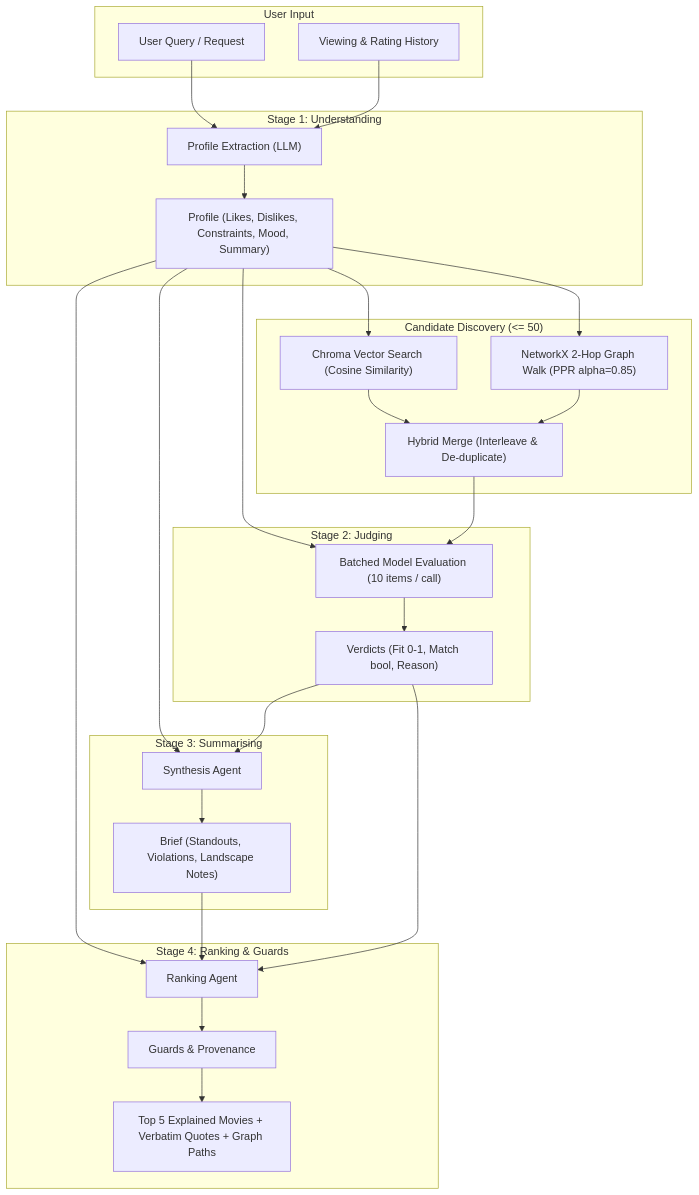
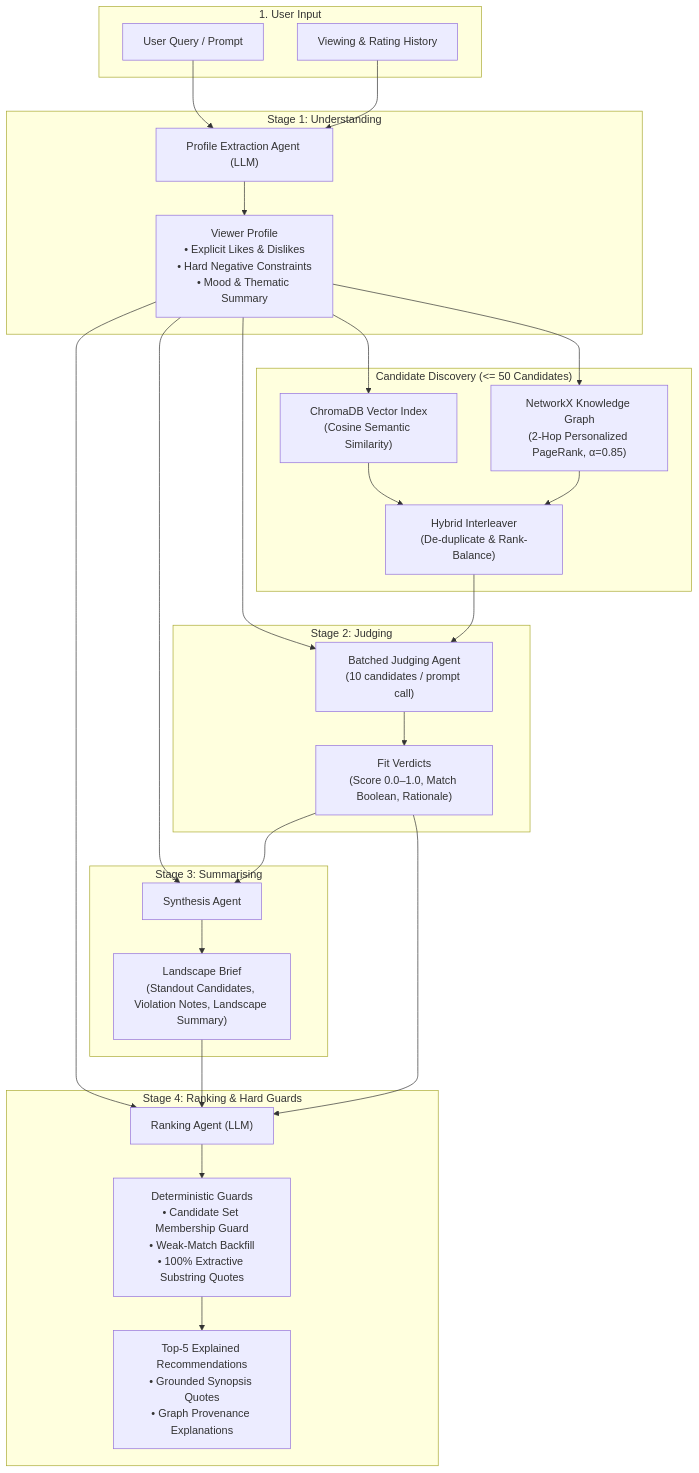
Before and after one commit to bhaavyasura7/DeepLearningProject: the diagram in README.md, drawn with Mermaid. The commit also changed other lines of this file and 38 other files, not shown here.

````diff
--- a/README.md
+++ b/README.md
@@ -10,41 +10,41 @@
 ```mermaid
 flowchart TD
-    subgraph Input ["User Input"]
-        Q["User Query / Request"]
+    subgraph Input ["1. User Input"]
+        Q["User Query / Prompt"]
         H["Viewing & Rating History"]
     end
 
     subgraph Stage1 ["Stage 1: Understanding"]
-        U["Profile Extraction (LLM)"]
-        P["Profile (Likes, Dislikes, Constraints, Mood, Summary)"]
+        U["Profile Extraction Agent (LLM)"]
+        P["Viewer Profile<br/>• Explicit Likes & Dislikes<br/>• Hard Negative Constraints<br/>• Mood & Thematic Summary"]
     end
 
-    subgraph Discovery ["Candidate Discovery (<= 50)"]
-        V["Chroma Vector Search (Cosine Similarity)"]
-        G["NetworkX 2-Hop Graph Walk (PPR alpha=0.85)"]
-        Hyb["Hybrid Merge (Interleave & De-duplicate)"]
+    subgraph Discovery ["Candidate Discovery (<= 50 Candidates)"]
+        V["ChromaDB Vector Index<br/>(Cosine Semantic Similarity)"]
+        G["NetworkX Knowledge Graph<br/>(2-Hop Personalized PageRank, α=0.85)"]
+        Hyb["Hybrid Interleaver<br/>(De-duplicate & Rank-Balance)"]
     end
 
     subgraph Stage2 ["Stage 2: Judging"]
-        J["Batched Model Evaluation (10 items / call)"]
-        Verd["Verdicts (Fit 0-1, Match bool, Reason)"]
+        J["Batched Judging Agent<br/>(10 candidates / prompt call)"]
+        Verd["Fit Verdicts<br/>(Score 0.0–1.0, Match Boolean, Rationale)"]
     end
 
     subgraph Stage3 ["Stage 3: Summarising"]
         S["Synthesis Agent"]
-        B["Brief (Standouts, Violations, Landscape Notes)"]
+        B["Landscape Brief<br/>(Standout Candidates, Violation Notes, Landscape Summary)"]
     end
 
-    subgraph Stage4 ["Stage 4: Ranking & Guards"]
-        R["Ranking Agent"]
-        Guards["Guards & Provenance"]
-        Final["Top 5 Explained Movies + Verbatim Quotes + Graph Paths"]
+    subgraph Stage4 ["Stage 4: Ranking & Hard Guards"]
+        R["Ranking Agent (LLM)"]
+        Guards["Deterministic Guards<br/>• Candidate Set Membership Guard<br/>• Weak-Match Backfill<br/>• 100% Extractive Substring Quotes"]
+        Final["Top-5 Explained Recommendations<br/>• Grounded Synopsis Quotes<br/>• Graph Provenance Explanations"]
     end
 
     Q & H --> U --> P
     P --> V & G
     V & G --> Hyb
     P & Hyb --> J --> Verd
     P & Verd --> S --> B
     P & B & Verd --> R --> Guards --> Final
 ```
````
